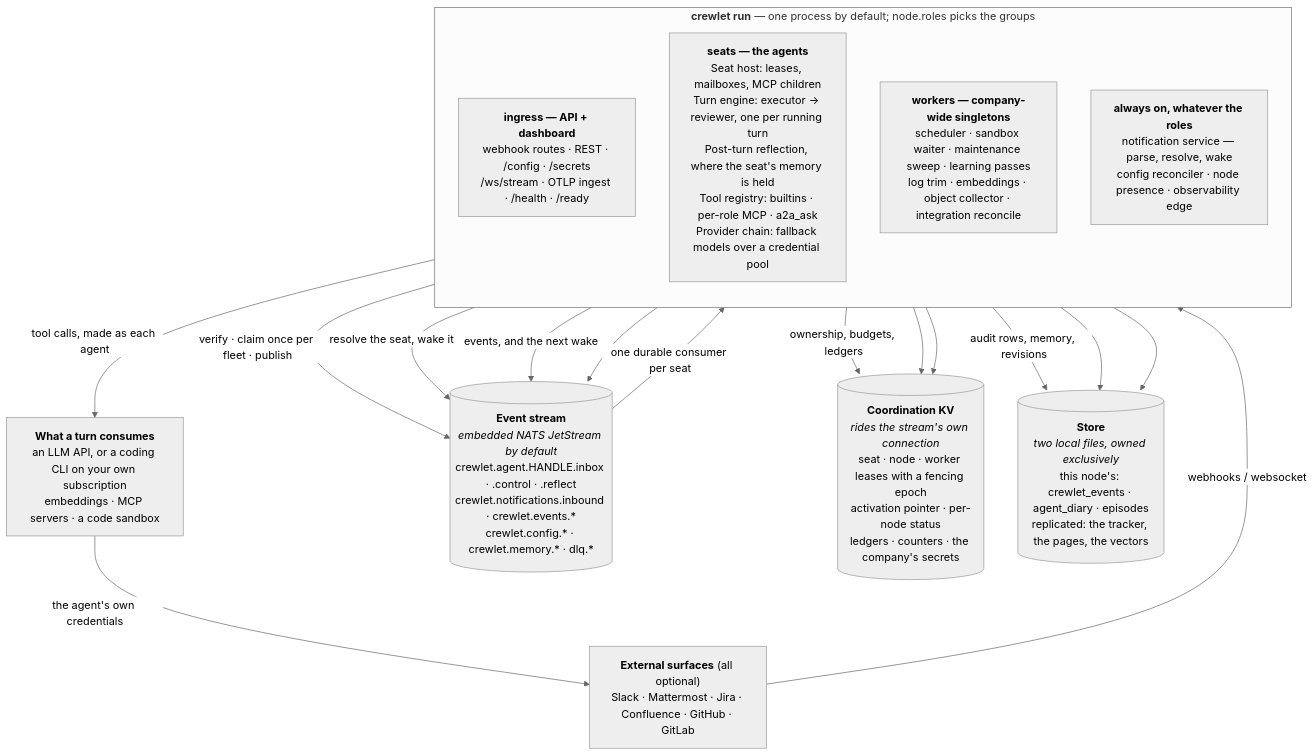
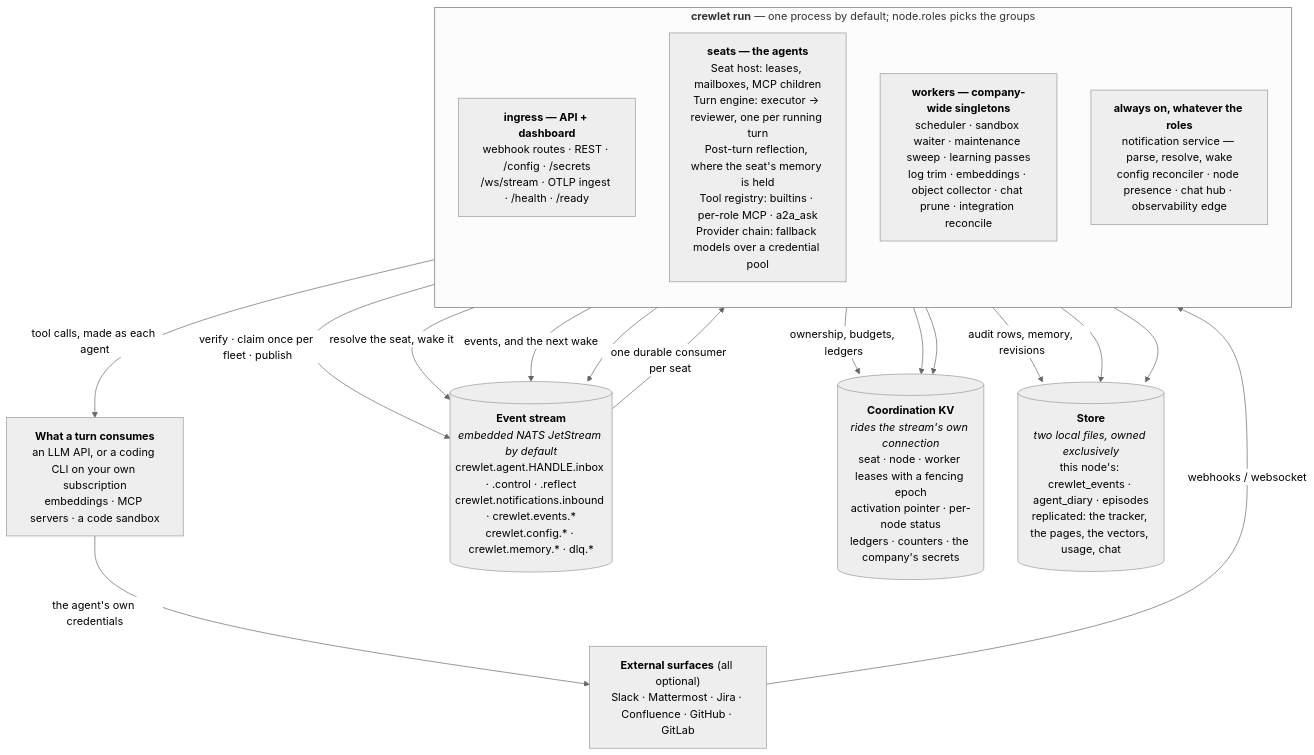
One commit to crewlet/crewlet changed the diagram in docs/concepts/overview.md. Above: the diagram before and after it, drawn with Mermaid (neutral theme). The commit also changed other lines of this file and 43 other files, not shown here.

````diff
--- a/docs/concepts/overview.md
+++ b/docs/concepts/overview.md
@@ -56,32 +56,32 @@
 ```mermaid
 flowchart TB
     EXT["<b>External surfaces</b> (all optional)<br/>Slack · Mattermost · Jira · Confluence · GitHub · GitLab"]
     SUPPLY["<b>What a turn consumes</b><br/>an LLM API, or a coding CLI on your own subscription<br/>embeddings · MCP servers · a code sandbox"]
 
     subgraph proc["<b>crewlet run</b> — one process by default; node.roles picks the groups"]
         direction TB
         API["<b>ingress — API + dashboard</b><br/>webhook routes · REST · /config · /secrets<br/>/ws/stream · OTLP ingest · /health · /ready"]
         SEAT["<b>seats — the agents</b><br/>Seat host: leases, mailboxes, MCP children<br/>Turn engine: executor → reviewer, one per running turn<br/>Post-turn reflection, where the seat's memory is held<br/>Tool registry: builtins · per-role MCP · a2a_ask<br/>Provider chain: fallback models over a credential pool"]
-        DUTY["<b>workers — company-wide singletons</b><br/>scheduler · sandbox waiter · maintenance sweep · learning passes<br/>log trim · embeddings · object collector · integration reconcile"]
-        CORE["<b>always on, whatever the roles</b><br/>notification service — parse, resolve, wake<br/>config reconciler · node presence · observability edge"]
+        DUTY["<b>workers — company-wide singletons</b><br/>scheduler · sandbox waiter · maintenance sweep · learning passes<br/>log trim · embeddings · object collector · chat prune · integration reconcile"]
+        CORE["<b>always on, whatever the roles</b><br/>notification service — parse, resolve, wake<br/>config reconciler · node presence · chat hub · observability edge"]
     end
 
     STREAM[("<b>Event stream</b><br/><i>embedded NATS JetStream by default</i><br/>crewlet.agent.HANDLE.inbox · .control · .reflect<br/>crewlet.notifications.inbound · crewlet.events.*<br/>crewlet.config.* · crewlet.memory.* · dlq.*")]
     KV[("<b>Coordination KV</b><br/><i>rides the stream's own connection</i><br/>seat · node · worker leases with a fencing epoch<br/>activation pointer · per-node status<br/>ledgers · counters · the company's secrets")]
-    DB[("<b>Store</b><br/><i>two local files, owned exclusively</i><br/>this node's: crewlet_events · agent_diary · episodes<br/>replicated: the tracker, the pages, the vectors")]
+    DB[("<b>Store</b><br/><i>two local files, owned exclusively</i><br/>this node's: crewlet_events · agent_diary · episodes<br/>replicated: the tracker, the pages, the vectors, usage, chat")]
 
     EXT -->|"webhooks / websocket"| API
     API -->|"verify · claim once per fleet · publish"| STREAM
     CORE -->|"resolve the seat, wake it"| STREAM
     STREAM -->|"one durable consumer per seat"| SEAT
     SEAT -->|"tool calls, made as each agent"| SUPPLY
     SUPPLY -->|"the agent's own credentials"| EXT
     SEAT -->|"events, and the next wake"| STREAM
     DUTY --> STREAM
     SEAT -->|"ownership, budgets, ledgers"| KV
     CORE --> KV
     DUTY --> KV
     SEAT -->|"audit rows, memory, revisions"| DB
     CORE --> DB
     API --> DB
 ```
````
